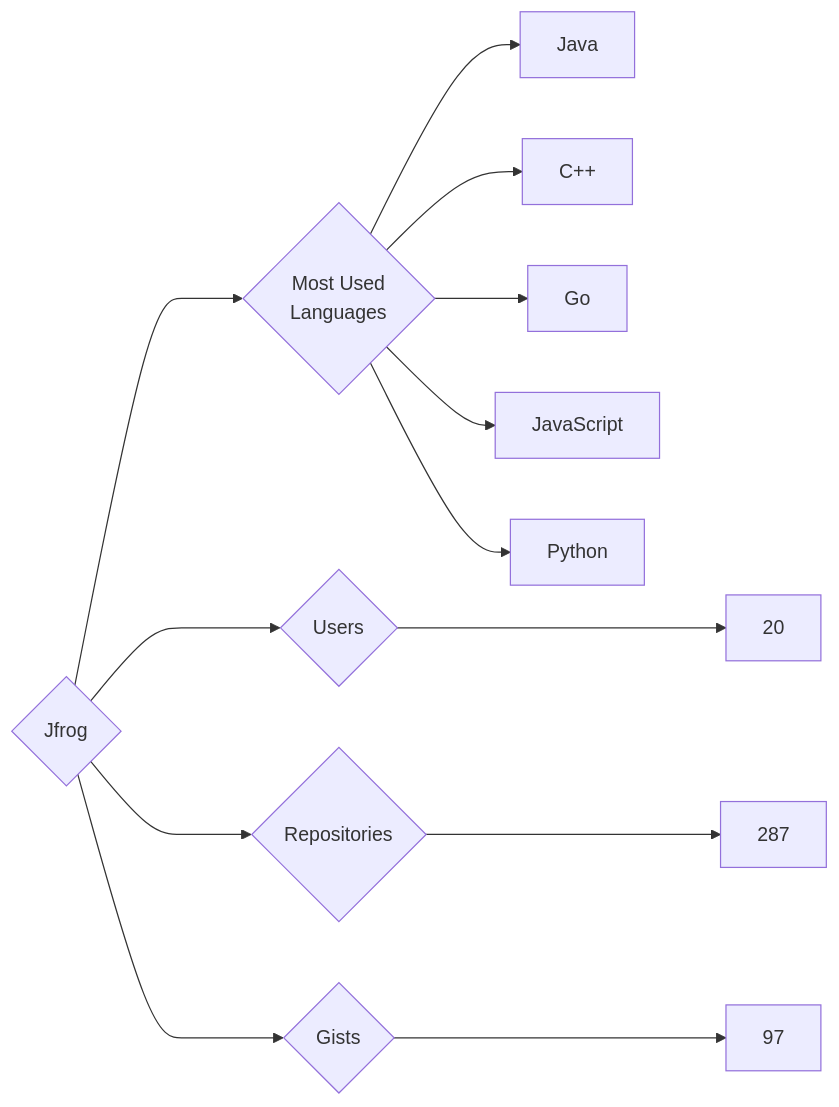
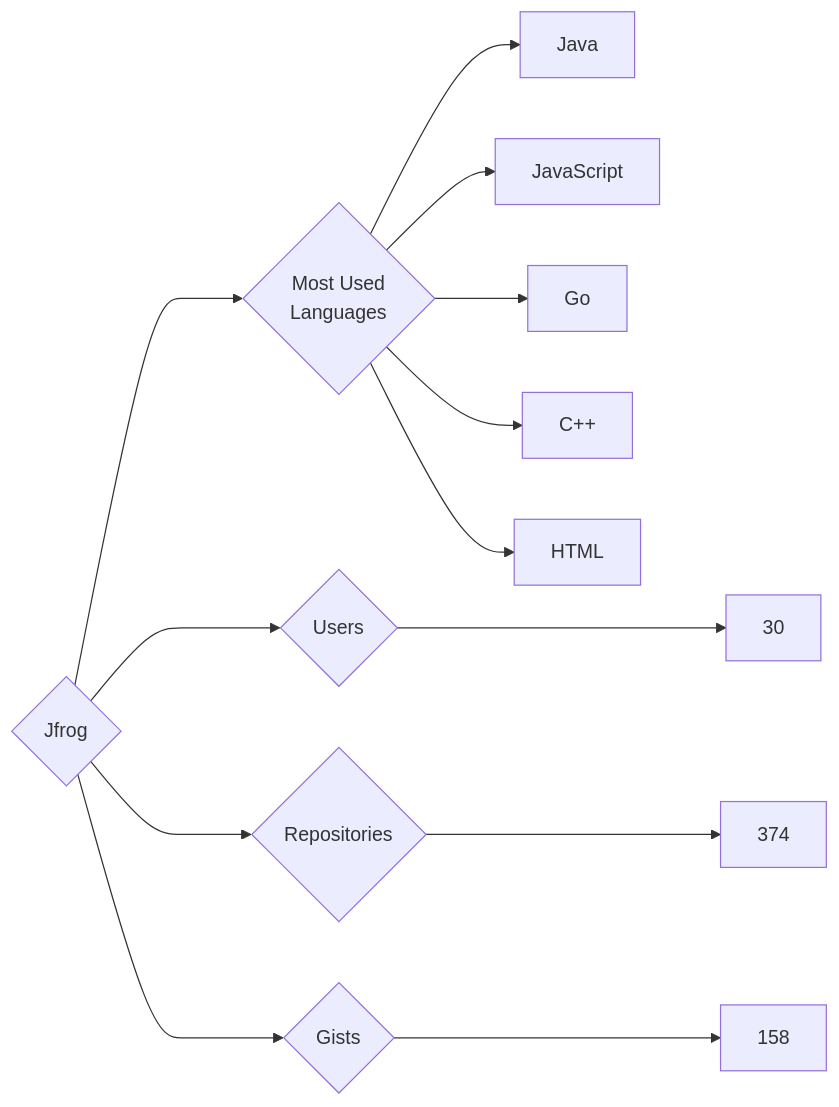
One commit to trickest/insiders changed the diagram in targets/Jfrog/README.md. Above: the diagram before and after it, drawn with Mermaid. The commit also changed 912 other files, not shown here.

````diff
--- a/targets/Jfrog/README.md
+++ b/targets/Jfrog/README.md
@@ -3,13 +3,13 @@
 ```mermaid
 graph LR
 COMPANY_NAME{Jfrog}
-COMPANY_NAME ---> U{Users} ---> UN[20]
-COMPANY_NAME ---> R{Repositories} ---> RN[287]
-COMPANY_NAME ---> G{Gists} ---> GN[97]
+COMPANY_NAME ---> U{Users} ---> UN[30]
+COMPANY_NAME ---> R{Repositories} ---> RN[374]
+COMPANY_NAME ---> G{Gists} ---> GN[158]
 COMPANY_NAME ---> ML{Most Used<br>Languages}
 ML --> Java[Java]
+ML --> JavaScript[JavaScript]
+ML --> Go[Go]
 ML --> C++[C++]
-ML --> Go[Go]
-ML --> JavaScript[JavaScript]
-ML --> Python[Python]
+ML --> HTML[HTML]
 ```
````
